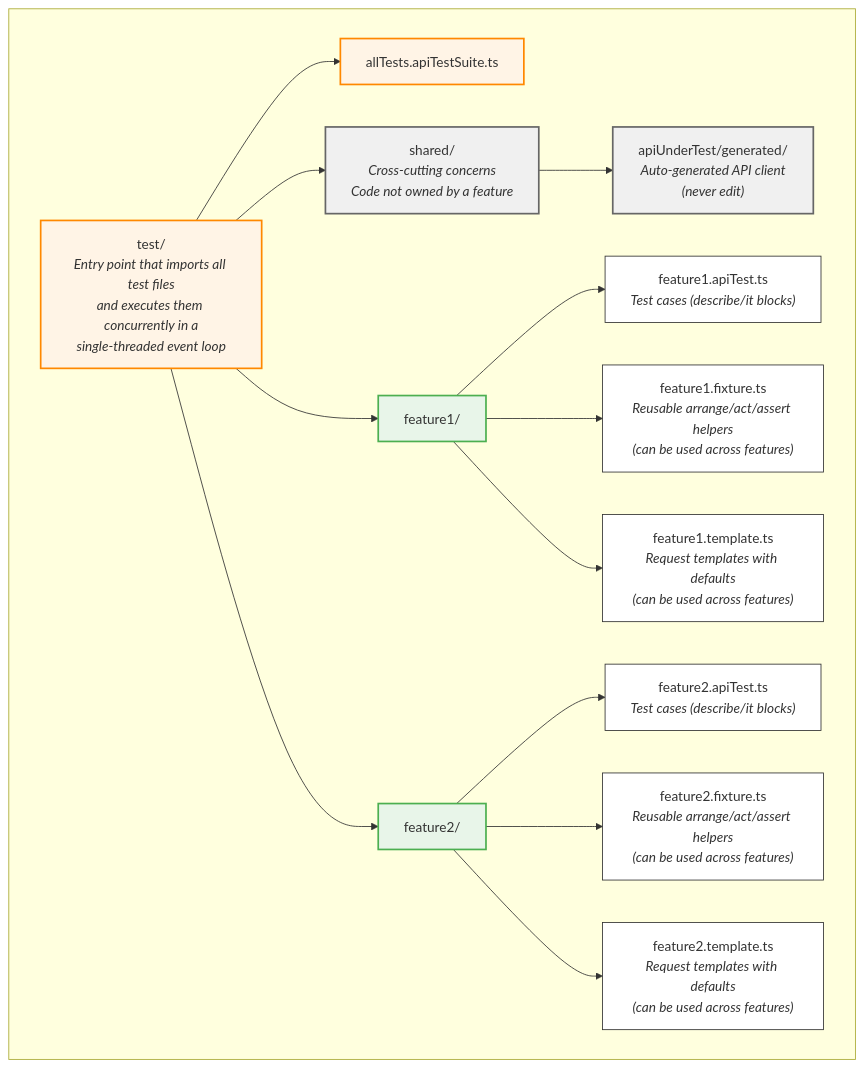
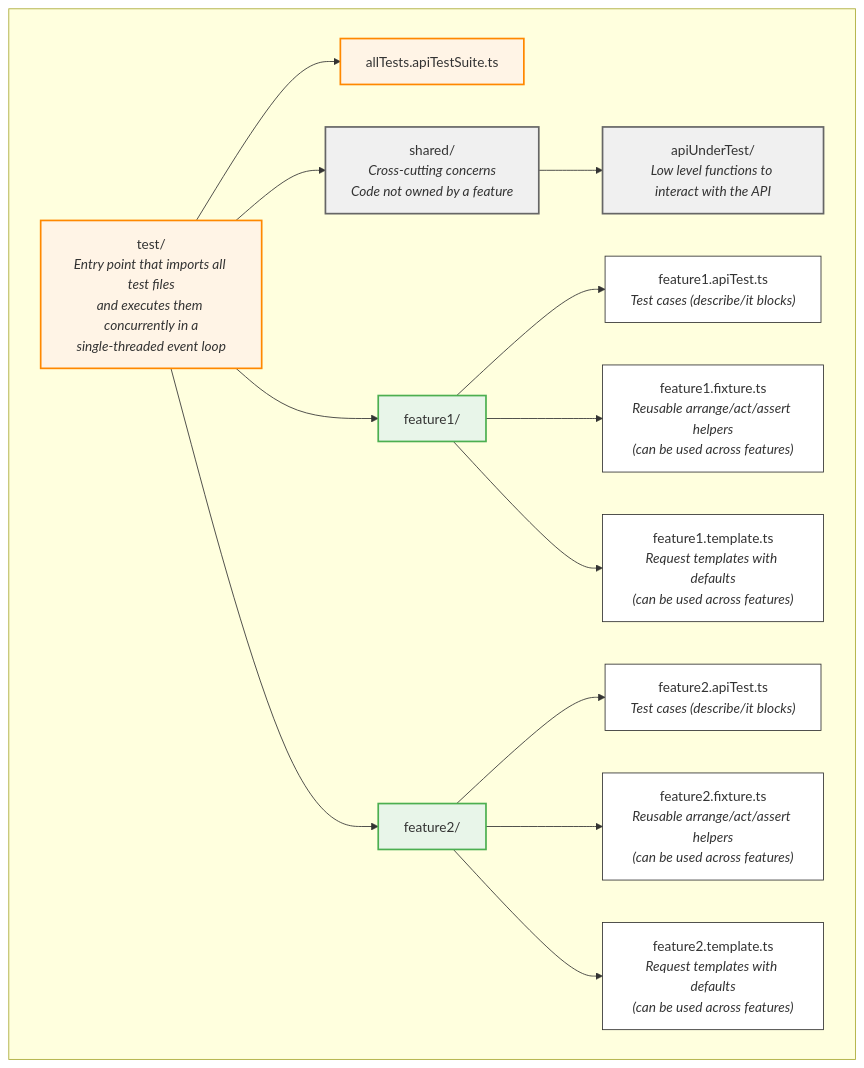
The fifth of 5 diagrams in doc/concurrent-api-testing-guide.md (VilledeMontreal/concurrent-api-tests), drawn with Mermaid before and after one commit. The commit also changed other lines of this file and 1 other file, not shown here.

````diff
--- a/doc/concurrent-api-testing-guide.md
+++ b/doc/concurrent-api-testing-guide.md
@@ -627,46 +627,46 @@
 ```mermaid
 graph TB
     subgraph " "
         root["test/<br/><i>Entry point that imports all test files<br/>and executes them concurrently in a<br/>single-threaded event loop</i>"]
         
         suite["allTests.apiTestSuite.ts"]
         
         shared["shared/<br/><i>Cross-cutting concerns<br/>Code not owned by a feature</i>"]
-        apiUnderTest["apiUnderTest/generated/<br/><i>Auto-generated API client<br/>(never edit)</i>"]
+        apiUnderTest["apiUnderTest/<br/><i>Low level functions to interact with the API</i>"]
         
         feature1["feature1/"]
         test1["feature1.apiTest.ts<br/><i>Test cases (describe/it blocks)</i>"]
         fixture1["feature1.fixture.ts<br/><i>Reusable arrange/act/assert helpers<br/>(can be used across features)</i>"]
         template1["feature1.template.ts<br/><i>Request templates with defaults<br/>(can be used across features)</i>"]
         
         feature2["feature2/"]
         test2["feature2.apiTest.ts<br/><i>Test cases (describe/it blocks)</i>"]
         fixture2["feature2.fixture.ts<br/><i>Reusable arrange/act/assert helpers<br/>(can be used across features)</i>"]
         template2["feature2.template.ts<br/><i>Request templates with defaults<br/>(can be used across features)</i>"]
         
         root --> suite
         root --> shared
         root --> feature1
         root --> feature2
         
         shared --> apiUnderTest
         
         feature1 --> test1
         feature1 --> fixture1
         feature1 --> template1
         
         feature2 --> test2
         feature2 --> fixture2
         feature2 --> template2
     end
     
     classDef suiteStyle fill:#fff4e6,stroke:#ff8800,stroke-width:2px
     classDef sharedStyle fill:#f0f0f0,stroke:#666,stroke-width:2px
     classDef featureStyle fill:#e8f5e9,stroke:#4caf50,stroke-width:2px
     classDef fileStyle fill:#fff,stroke:#333,stroke-width:1px
     
     class root,suite suiteStyle
     class shared,apiUnderTest sharedStyle
     class feature1,feature2 featureStyle
     class test1,fixture1,template1,test2,fixture2,template2 fileStyle
 ```
````
